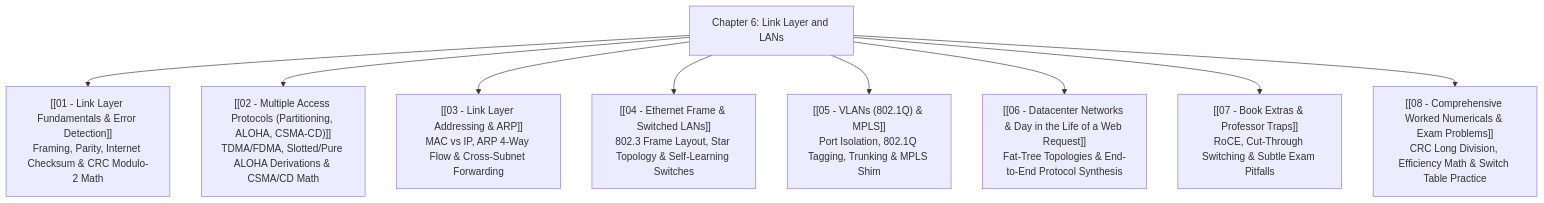
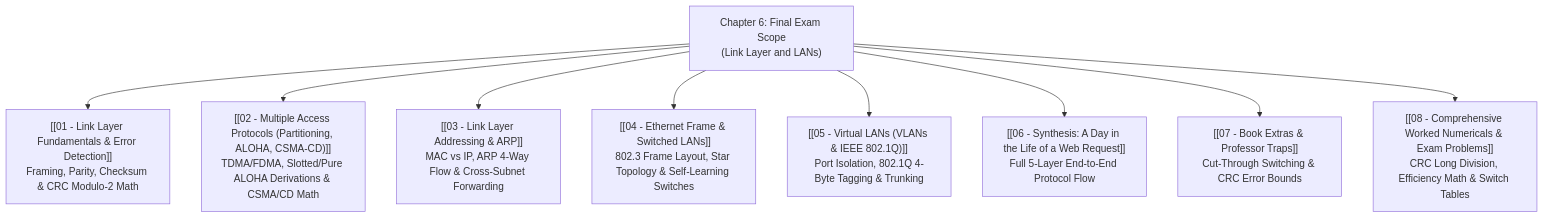
Before and after one commit to SMTEmon/2-2: the diagram in CSE 4411/Final/Chapter 6 - Link Layer/00 - Index.md, drawn with Mermaid. The commit also changed other lines of this file and 58 other files, not shown here.

````diff
--- a/CSE 4411/Final/Chapter 6 - Link Layer/00 - Index.md
+++ b/CSE 4411/Final/Chapter 6 - Link Layer/00 - Index.md
@@ -29,13 +29,13 @@
 ```mermaid
 flowchart TD
-    Ch6["Chapter 6: Link Layer and LANs"]
+    Ch6["Chapter 6: Final Exam Scope<br>(Link Layer and LANs)"]
     
-    Ch6 --> Sec1["[[01 - Link Layer Fundamentals & Error Detection]]<br>Framing, Parity, Internet Checksum & CRC Modulo-2 Math"]
+    Ch6 --> Sec1["[[01 - Link Layer Fundamentals & Error Detection]]<br>Framing, Parity, Checksum & CRC Modulo-2 Math"]
     Ch6 --> Sec2["[[02 - Multiple Access Protocols (Partitioning, ALOHA, CSMA-CD)]]<br>TDMA/FDMA, Slotted/Pure ALOHA Derivations & CSMA/CD Math"]
     Ch6 --> Sec3["[[03 - Link Layer Addressing & ARP]]<br>MAC vs IP, ARP 4-Way Flow & Cross-Subnet Forwarding"]
     Ch6 --> Sec4["[[04 - Ethernet Frame & Switched LANs]]<br>802.3 Frame Layout, Star Topology & Self-Learning Switches"]
-    Ch6 --> Sec5["[[05 - VLANs (802.1Q) & MPLS]]<br>Port Isolation, 802.1Q Tagging, Trunking & MPLS Shim"]
-    Ch6 --> Sec6["[[06 - Datacenter Networks & Day in the Life of a Web Request]]<br>Fat-Tree Topologies & End-to-End Protocol Synthesis"]
-    Ch6 --> Sec7["[[07 - Book Extras & Professor Traps]]<br>RoCE, Cut-Through Switching & Subtle Exam Pitfalls"]
-    Ch6 --> Sec8["[[08 - Comprehensive Worked Numericals & Exam Problems]]<br>CRC Long Division, Efficiency Math & Switch Table Practice"]
+    Ch6 --> Sec5["[[05 - Virtual LANs (VLANs & IEEE 802.1Q)]]<br>Port Isolation, 802.1Q 4-Byte Tagging & Trunking"]
+    Ch6 --> Sec6["[[06 - Synthesis: A Day in the Life of a Web Request]]<br>Full 5-Layer End-to-End Protocol Flow"]
+    Ch6 --> Sec7["[[07 - Book Extras & Professor Traps]]<br>Cut-Through Switching & CRC Error Bounds"]
+    Ch6 --> Sec8["[[08 - Comprehensive Worked Numericals & Exam Problems]]<br>CRC Long Division, Efficiency Math & Switch Tables"]
 ```
````
